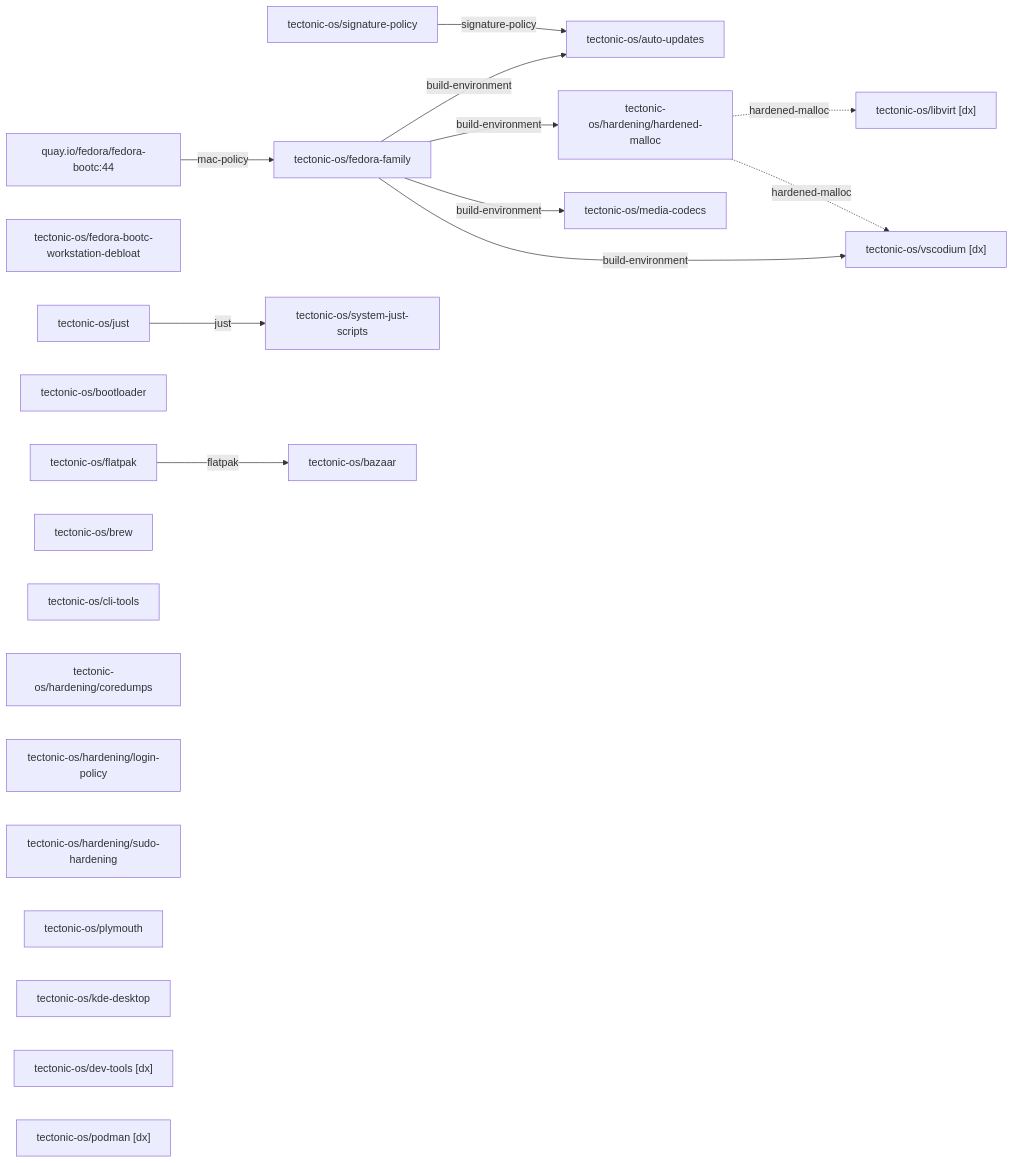
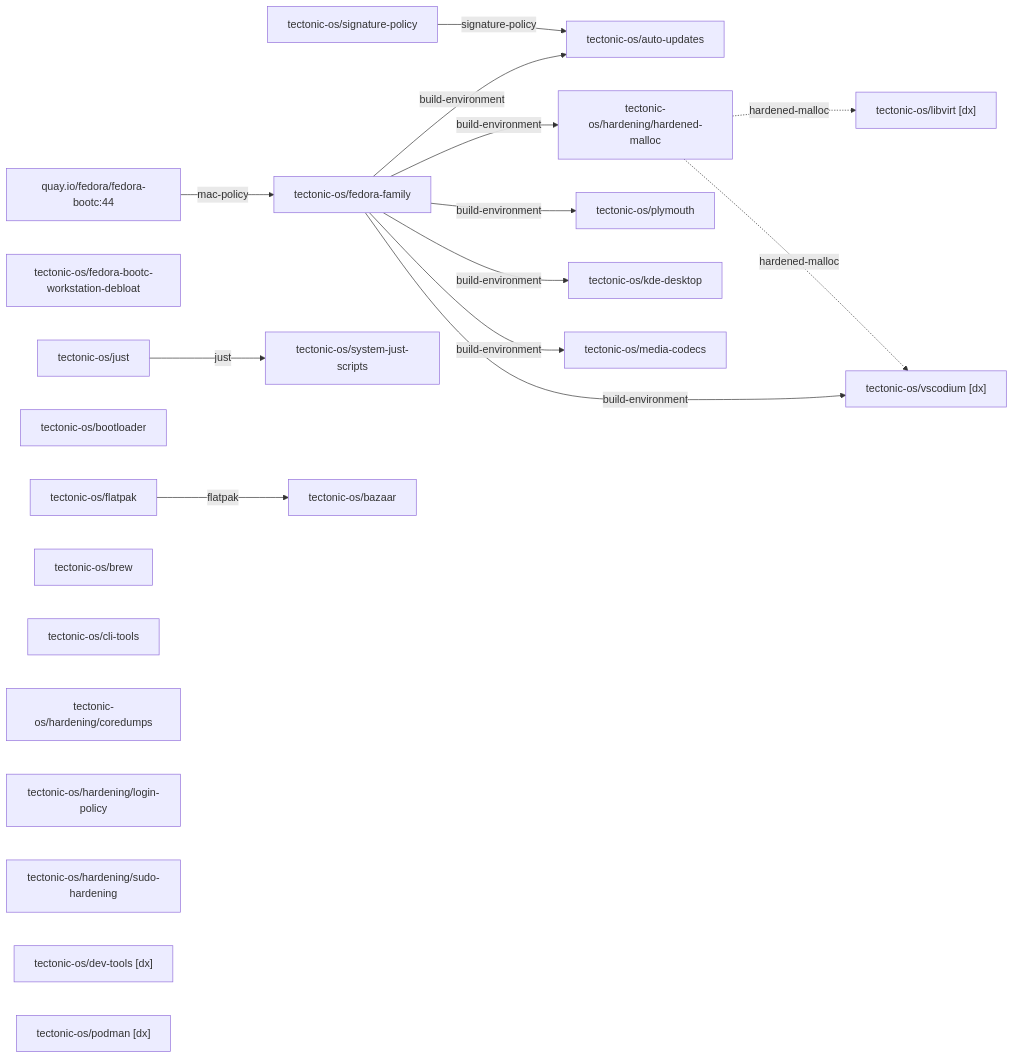
One commit to tectonic-os/desktop changed the diagram in generated/desktop.graph.md. Above: the diagram before and after it, drawn with Mermaid. The commit also changed other lines of this file and 3 other files, not shown here.

````diff
--- a/generated/desktop.graph.md
+++ b/generated/desktop.graph.md
@@ -9,36 +9,38 @@
 ```mermaid
 graph LR
     base["quay.io/fedora/fedora-bootc:44"]
     m0["tectonic-os/fedora-family"]
     m1["tectonic-os/fedora-bootc-workstation-debloat"]
     m2["tectonic-os/just"]
     m3["tectonic-os/bootloader"]
     m4["tectonic-os/signature-policy"]
     m5["tectonic-os/auto-updates"]
     m6["tectonic-os/system-just-scripts"]
     m7["tectonic-os/flatpak"]
     m8["tectonic-os/brew"]
     m9["tectonic-os/cli-tools"]
     m10["tectonic-os/hardening/coredumps"]
     m11["tectonic-os/hardening/login-policy"]
     m12["tectonic-os/hardening/hardened-malloc"]
     m13["tectonic-os/hardening/sudo-hardening"]
     m14["tectonic-os/plymouth"]
     m15["tectonic-os/kde-desktop"]
     m16["tectonic-os/bazaar"]
     m17["tectonic-os/media-codecs"]
     m18["tectonic-os/dev-tools [dx]"]
     m19["tectonic-os/podman [dx]"]
     m20["tectonic-os/libvirt [dx]"]
     m21["tectonic-os/vscodium [dx]"]
     base -->|"mac-policy"| m0
     m0 -->|"build-environment"| m5
     m0 -->|"build-environment"| m12
+    m0 -->|"build-environment"| m14
+    m0 -->|"build-environment"| m15
     m0 -->|"build-environment"| m17
     m0 -->|"build-environment"| m21
     m2 -->|"just"| m6
     m4 -->|"signature-policy"| m5
     m7 -->|"flatpak"| m16
     m12 -.->|"hardened-malloc"| m20
     m12 -.->|"hardened-malloc"| m21
 ```
````
